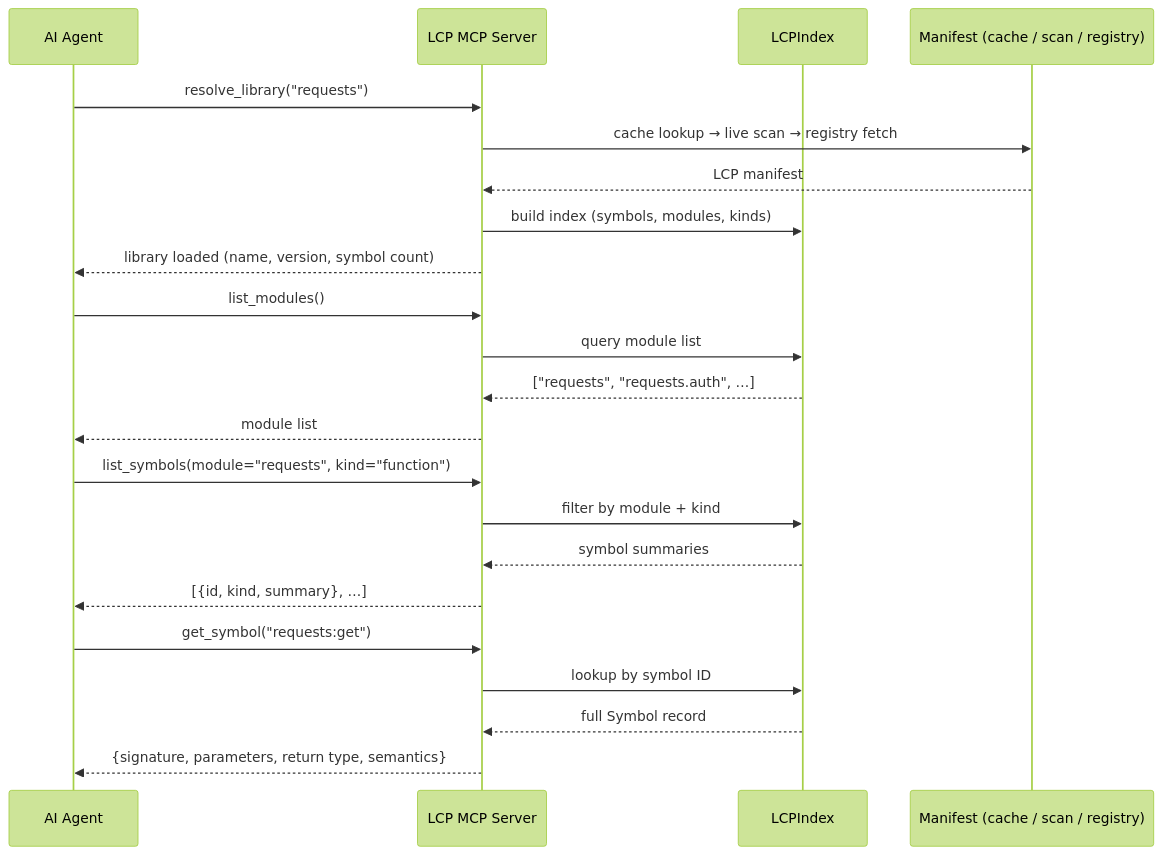
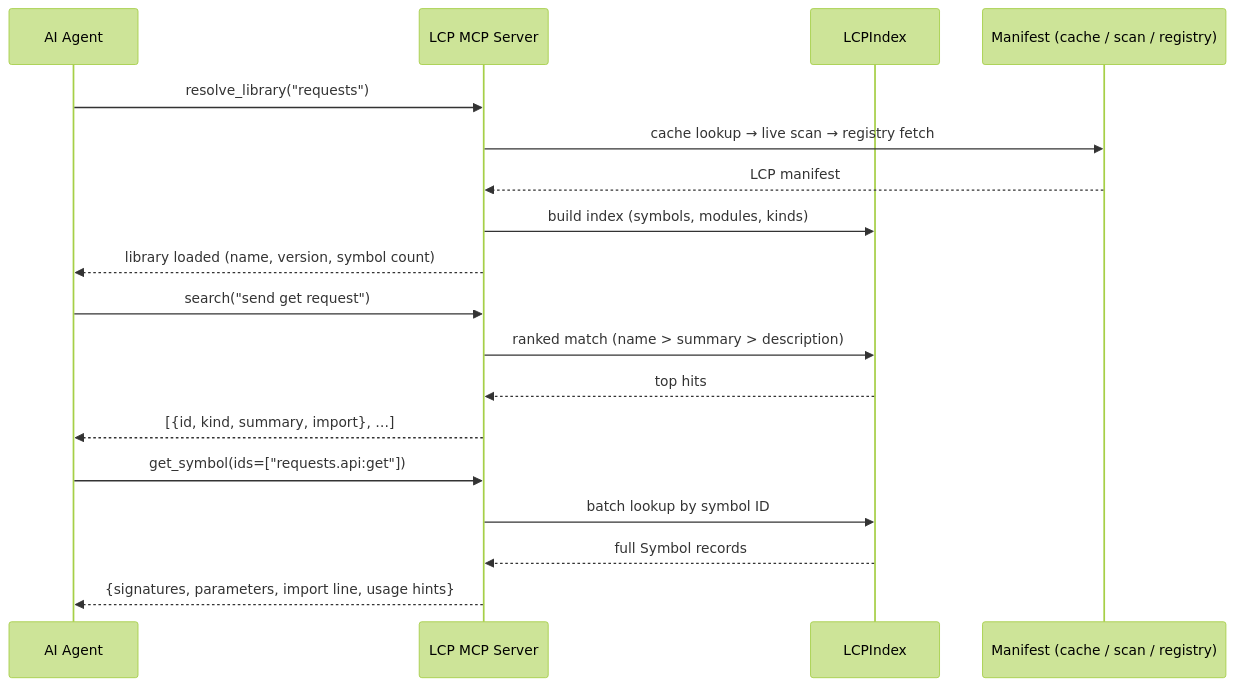
One commit to zazza123/lcp changed the diagram in docs/guides/mcp-server.md. Above: the diagram before and after it, drawn with Mermaid (forest theme). The commit also changed other lines of this file and 6 other files, not shown here.

First line of the commit message:
DOC: Align guides, CLI and architecture docs with the V2 MCP surface

````diff
--- a/docs/guides/mcp-server.md
+++ b/docs/guides/mcp-server.md
@@ -17,28 +15,23 @@
 ```mermaid
 sequenceDiagram
     participant Agent as AI Agent
     participant MCP as LCP MCP Server
     participant Idx as LCPIndex
     participant Store as Manifest (cache / scan / registry)
 
     Agent->>MCP: resolve_library("requests")
     MCP->>Store: cache lookup → live scan → registry fetch
     Store-->>MCP: LCP manifest
     MCP->>Idx: build index (symbols, modules, kinds)
     MCP-->>Agent: library loaded (name, version, symbol count)
 
-    Agent->>MCP: list_modules()
-    MCP->>Idx: query module list
-    Idx-->>MCP: ["requests", "requests.auth", …]
-    MCP-->>Agent: module list
+    Agent->>MCP: search("send get request")
+    MCP->>Idx: ranked match (name > summary > description)
+    Idx-->>MCP: top hits
+    MCP-->>Agent: [{id, kind, summary, import}, …]
 
-    Agent->>MCP: list_symbols(module="requests", kind="function")
-    MCP->>Idx: filter by module + kind
-    Idx-->>MCP: symbol summaries
-    MCP-->>Agent: [{id, kind, summary}, …]
-
-    Agent->>MCP: get_symbol("requests:get")
-    MCP->>Idx: lookup by symbol ID
-    Idx-->>MCP: full Symbol record
-    MCP-->>Agent: {signature, parameters, return type, semantics}
+    Agent->>MCP: get_symbol(ids=["requests.api:get"])
+    MCP->>Idx: batch lookup by symbol ID
+    Idx-->>MCP: full Symbol records
+    MCP-->>Agent: {signatures, parameters, import line, usage hints}
 ```
````
